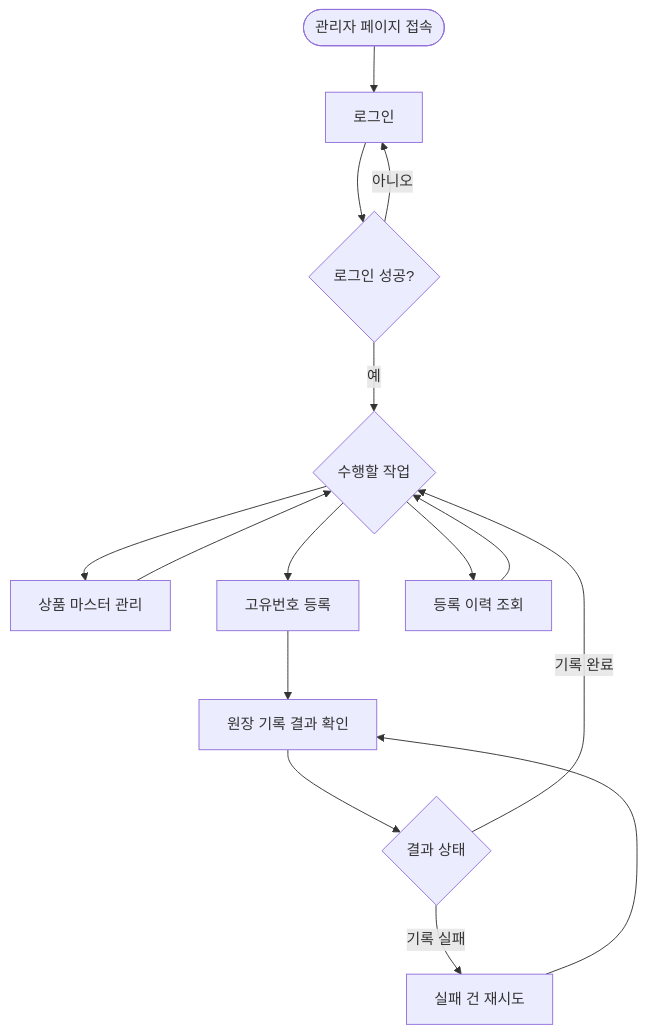
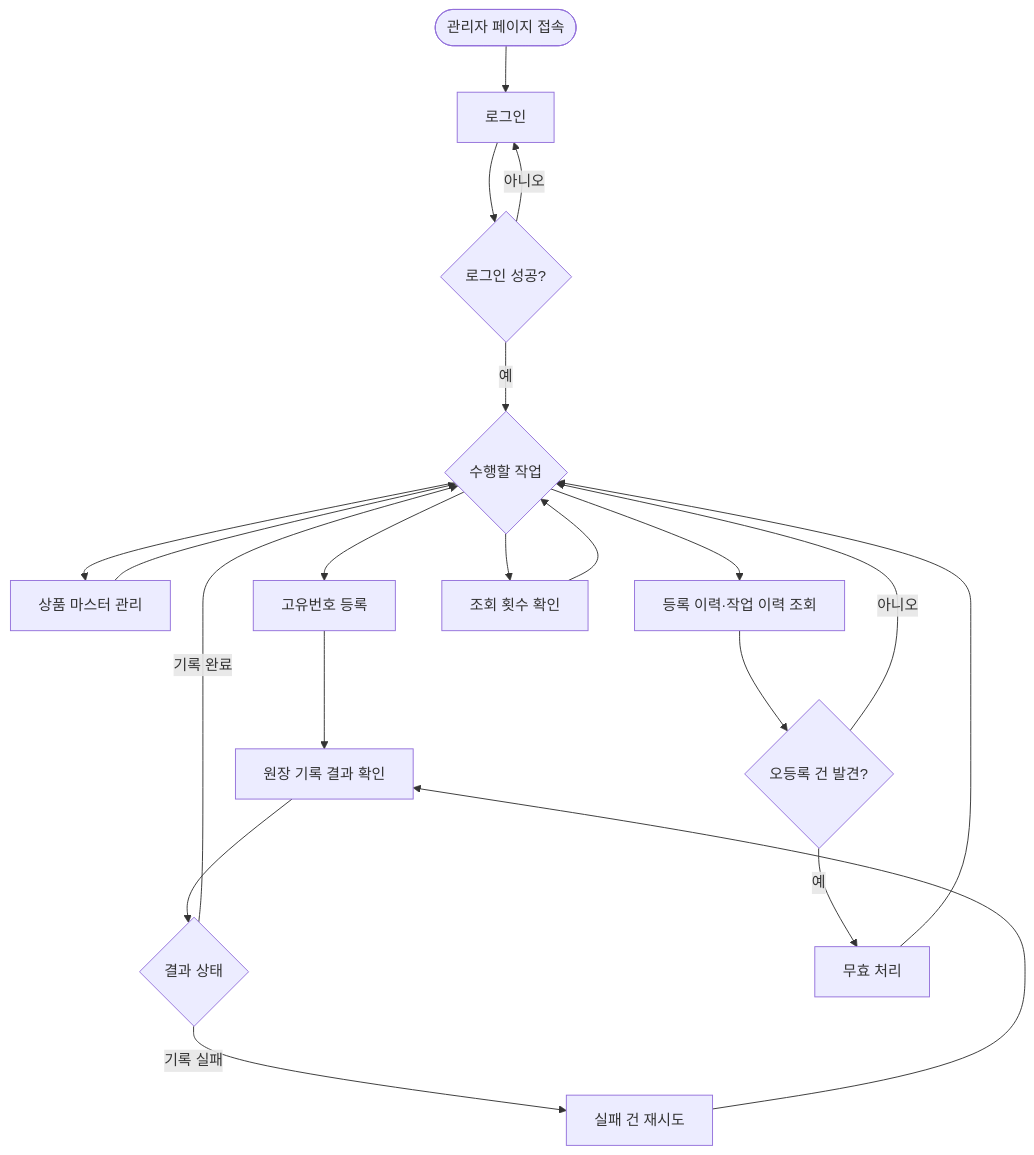
Before and after one commit to Soneungsu/Blockchain-Product-Authentication: the first of 8 diagrams in BR/07-고객여정/관리자/03-유저플로우.md, drawn with Mermaid. The commit also changed other lines of this file and 29 other files, not shown here.

````diff
--- a/BR/07-고객여정/관리자/03-유저플로우.md
+++ b/BR/07-고객여정/관리자/03-유저플로우.md
@@ -7,17 +7,22 @@
 ```mermaid
 flowchart TD
     A([관리자 페이지 접속]) --> B[로그인]
     B --> C{로그인 성공?}
     C -- 아니오 --> B
     C -- 예 --> D{수행할 작업}
     D --> E[상품 마스터 관리]
     D --> F[고유번호 등록]
-    D --> G[등록 이력 조회]
+    D --> G[등록 이력·작업 이력 조회]
+    D --> N[조회 횟수 확인]
     E --> D
     F --> H[원장 기록 결과 확인]
     H --> I{결과 상태}
     I -- 기록 완료 --> D
     I -- 기록 실패 --> J[실패 건 재시도]
     J --> H
-    G --> D
+    G --> M{오등록 건 발견?}
+    M -- 예 --> O[무효 처리]
+    M -- 아니오 --> D
+    O --> D
+    N --> D
 ```
````
